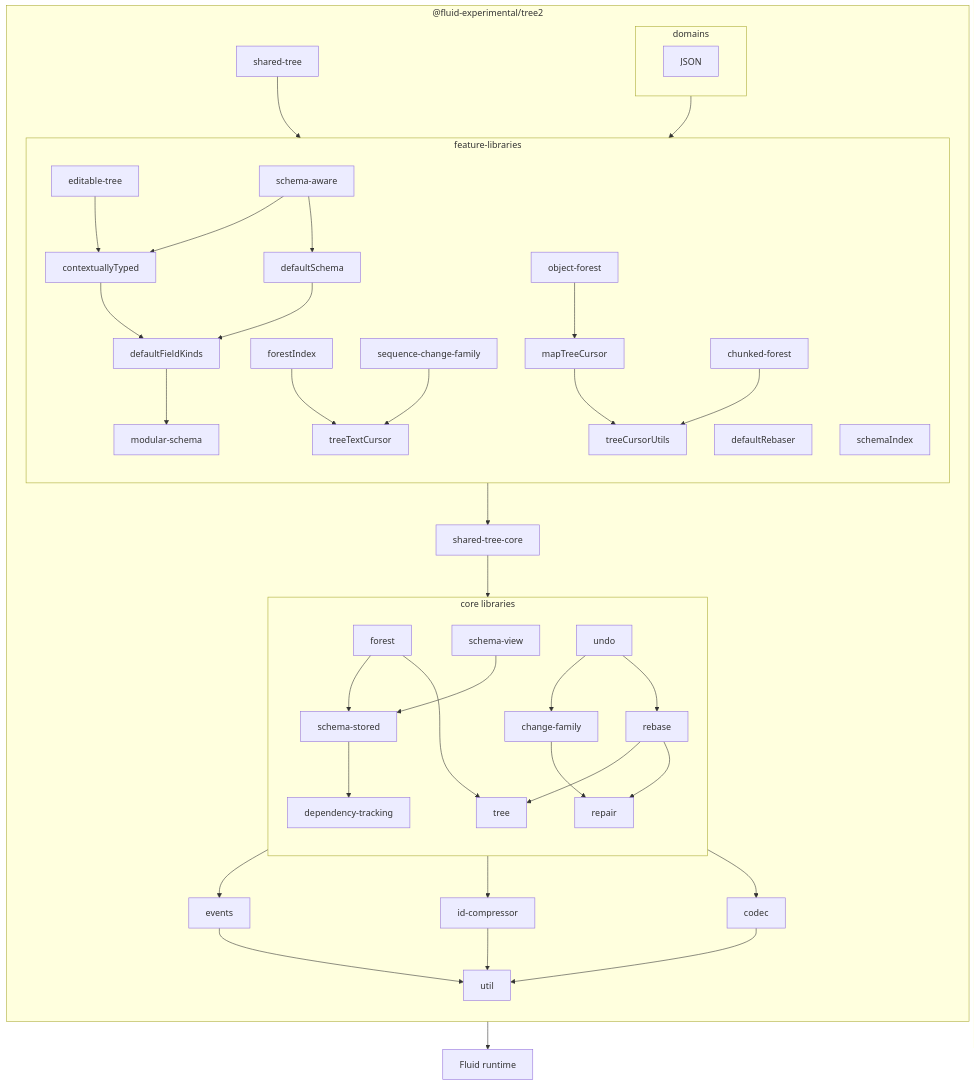
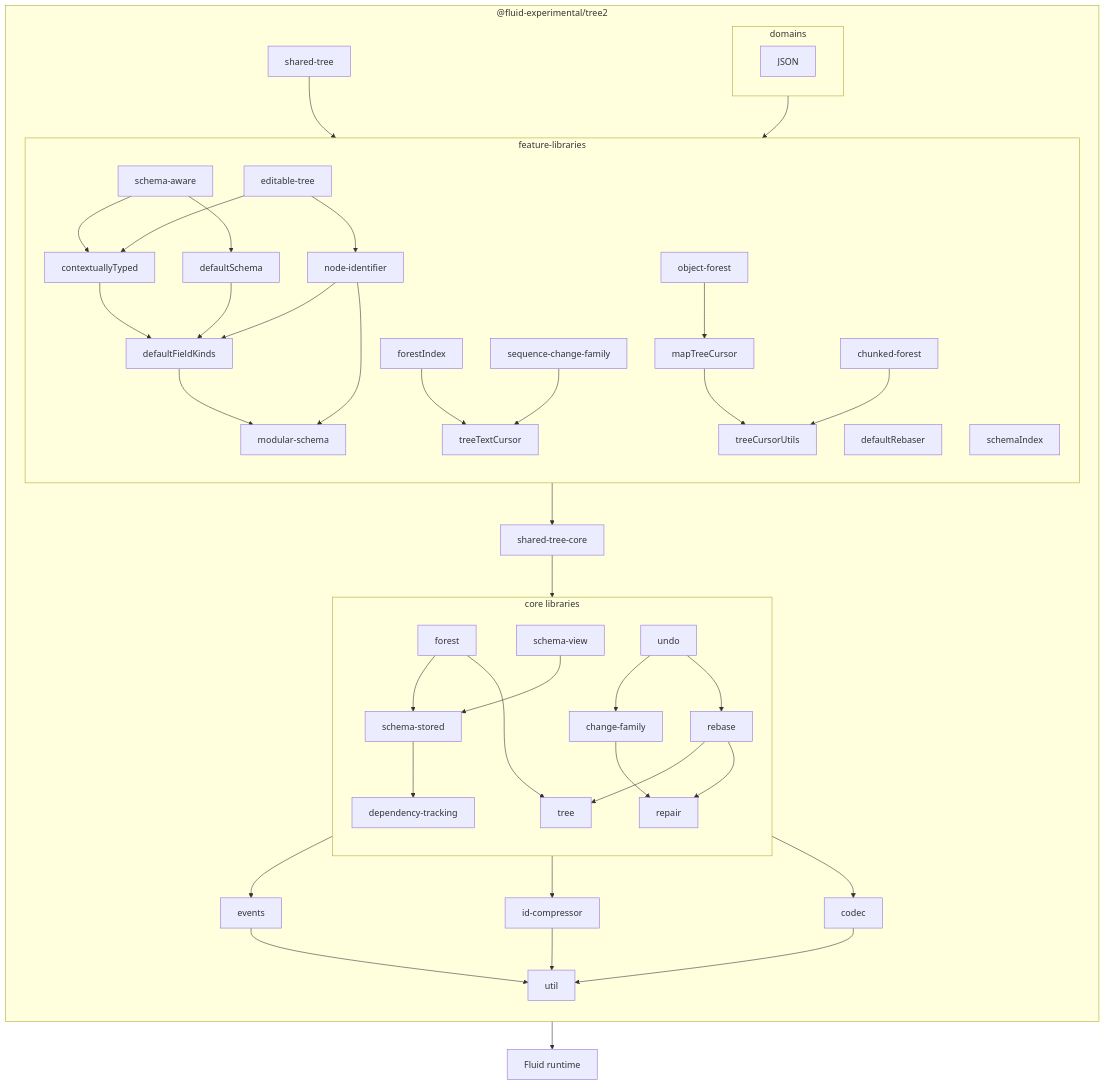
One commit to microsoft/FluidFramework changed the sixth of 6 diagrams in experimental/dds/tree2/README.md. Above: the diagram before and after it, drawn with Mermaid. The commit also changed 23 other files, not shown here.

````diff
--- a/experimental/dds/tree2/README.md
+++ b/experimental/dds/tree2/README.md
@@ -318,46 +318,49 @@
 ```mermaid
 flowchart
     direction TB
     subgraph package ["@fluid-experimental/tree2"]
         direction TB
         subgraph core ["core libraries"]
             direction TB
             forest-->schema-stored
             rebase-->tree
             change-family-->repair
             rebase-->repair
             schema-stored-->dependency-tracking
             schema-view-->schema-stored
             dependency-tracking
             forest-->tree
             undo-->change-family
             undo-->rebase
         end
         core-->events-->util
         core-->id-compressor-->util
         core-->codec-->util
         feature-->shared-tree-core
         shared-tree-core-->core
         shared-tree-->feature
         subgraph feature ["feature-libraries"]
             direction TB
+            schema-aware-->defaultSchema
+            schema-aware-->contextuallyTyped
             editable-tree-->contextuallyTyped
+            editable-tree-->node-identifier
             defaultRebaser
             contextuallyTyped-->defaultFieldKinds
             defaultSchema-->defaultFieldKinds-->modular-schema
             forestIndex-->treeTextCursor
-            schema-aware-->defaultSchema
-            schema-aware-->contextuallyTyped
             modular-schema
+            node-identifier-->modular-schema
+            node-identifier-->defaultFieldKinds
             object-forest-->mapTreeCursor-->treeCursorUtils
             chunked-forest-->treeCursorUtils
             schemaIndex
             sequence-change-family-->treeTextCursor
         end
         subgraph domains
             JSON
         end
         domains-->feature
     end
     package-->runtime["Fluid runtime"]
 ```
````
